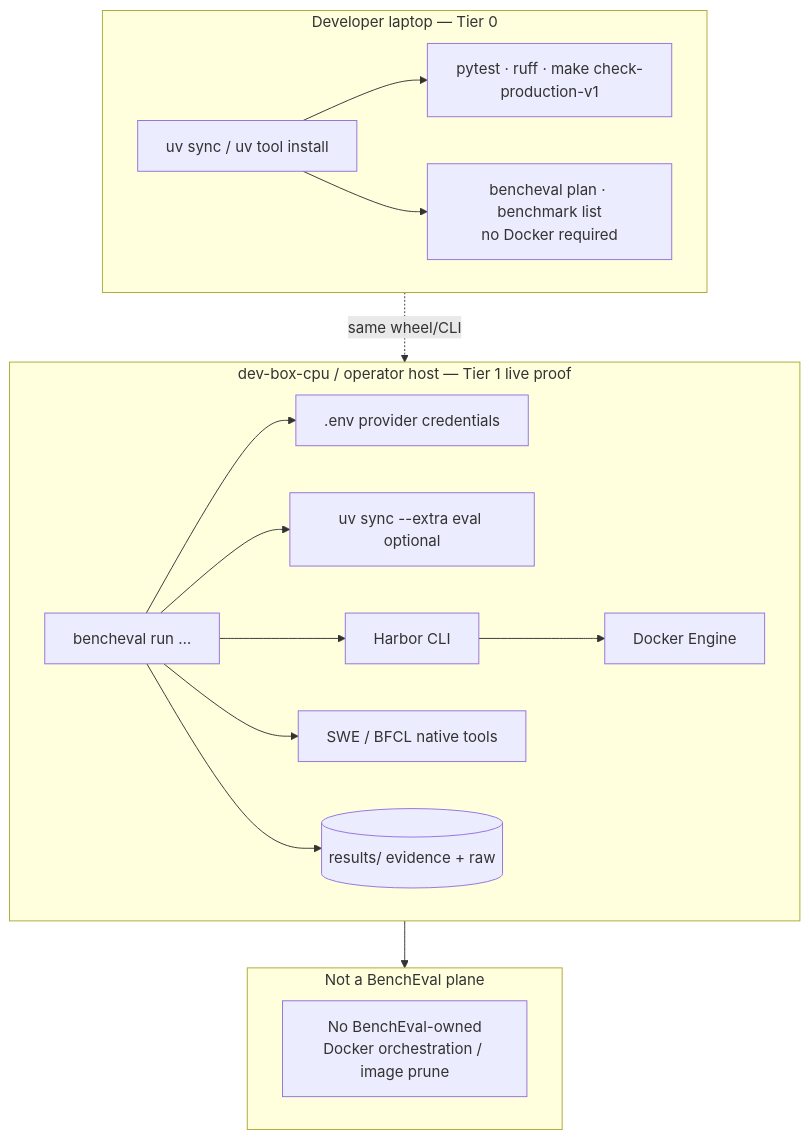
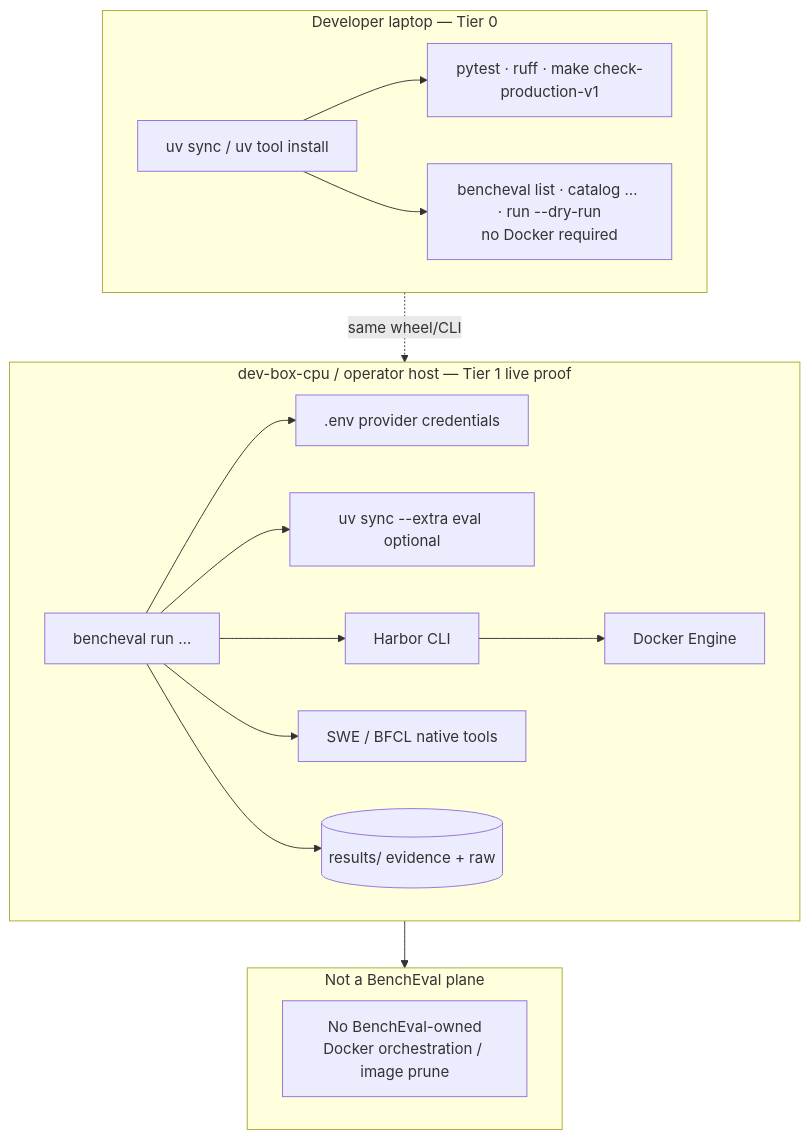
Before and after one commit to Lyther/BenchEval: the diagram in docs/diagrams/deployment.md, drawn with Mermaid. The commit also changed 86 other files, not shown here.

````diff
--- a/docs/diagrams/deployment.md
+++ b/docs/diagrams/deployment.md
@@ -5,34 +5,34 @@
 ```mermaid
 flowchart TB
     subgraph Laptop["Developer laptop — Tier 0"]
         Dev["uv sync / uv tool install"]
         Unit["pytest · ruff · make check-production-v1"]
-        PlanOnly["bencheval plan · benchmark list\nno Docker required"]
+        PlanOnly["bencheval list · catalog … · run --dry-run\nno Docker required"]
         Dev --> Unit
         Dev --> PlanOnly
     end
 
     subgraph DevBox["dev-box-cpu / operator host — Tier 1 live proof"]
         BE["bencheval run …"]
         Creds[".env provider credentials"]
         Eval["uv sync --extra eval optional"]
         Harbor["Harbor CLI"]
         Dock["Docker Engine"]
         Native["SWE / BFCL native tools"]
         Disk[(results/ evidence + raw)]
 
         BE --> Creds
         BE --> Eval
         BE --> Harbor
         Harbor --> Dock
         BE --> Native
         BE --> Disk
     end
 
     subgraph NotOurs["Not a BenchEval plane"]
         NoOrch["No BenchEval-owned\nDocker orchestration / image prune"]
     end
 
     Laptop -.->|same wheel/CLI| DevBox
     DevBox --> NotOurs
 ```
````
